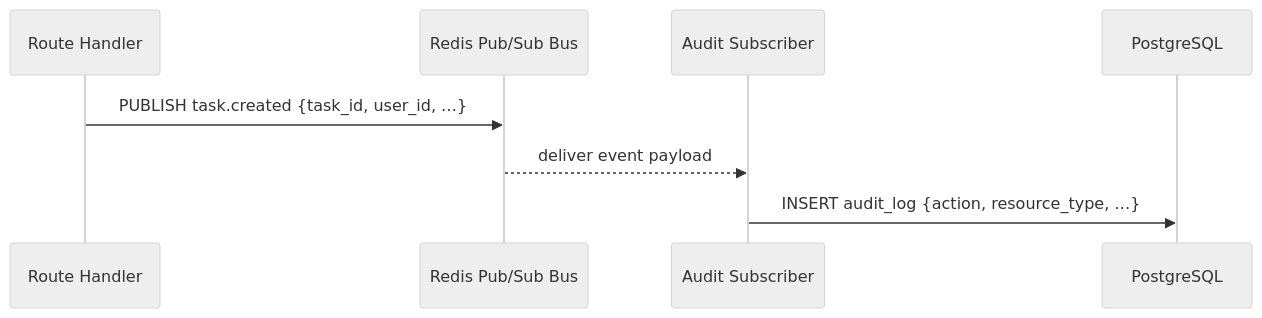
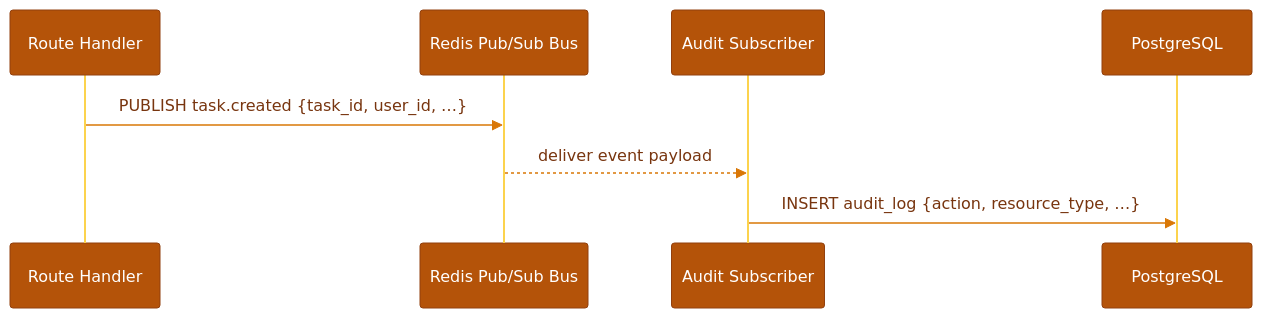
Before and after one commit to adwibha/cortex-api: the seventh of 7 diagrams in README.md, drawn with Mermaid. The commit also changed other lines of this file and 1 other file, not shown here.

First line of the commit message:
docs: colorful Mermaid diagrams, honest conclusion, and MIT license

````diff
--- a/README.md
+++ b/README.md
@@ -406,12 +432,12 @@
 ```mermaid
-%%{init: {'theme': 'neutral'}}%%
+%%{init: {'theme': 'base', 'themeVariables': {'actorBkg': '#b45309', 'actorBorder': '#92400e', 'actorTextColor': '#ffffff', 'actorLineColor': '#fcd34d', 'signalColor': '#d97706', 'signalTextColor': '#78350f', 'noteBkgColor': '#e0f2fe', 'noteBorderColor': '#0891b2', 'noteTextColor': '#0c4a6e', 'activationBkgColor': '#fef3c7', 'activationBorderColor': '#d97706', 'sequenceNumberColor': '#ffffff'}}}%%
 sequenceDiagram
     participant R as Route Handler
     participant B as Redis Pub/Sub Bus
     participant S as Audit Subscriber
     participant DB as PostgreSQL
 
     R->>B: PUBLISH task.created {task_id, user_id, …}
     B-->>S: deliver event payload
     S->>DB: INSERT audit_log {action, resource_type, …}
 ```
````
